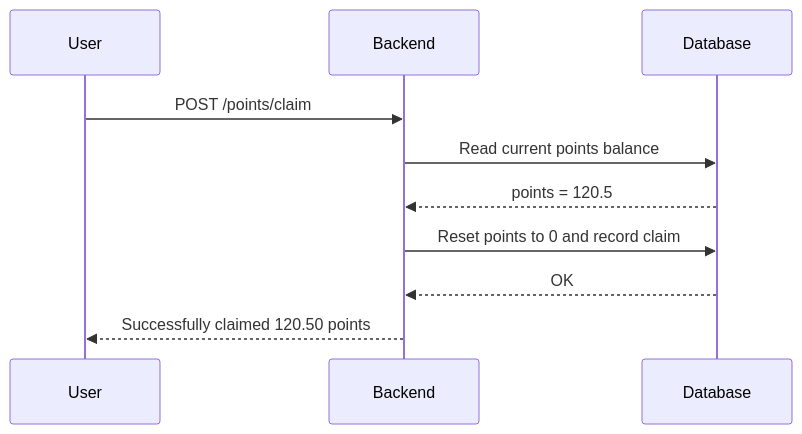
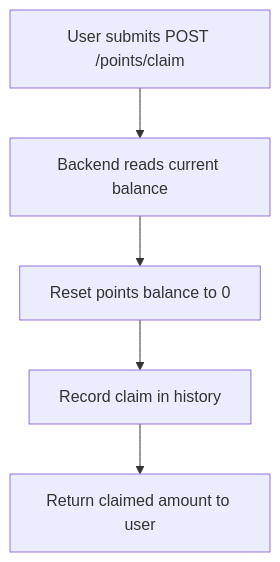
Before and after one commit to Nexora-Node/Docs: the second of 2 diagrams in rewards.md, drawn with Mermaid. The commit also changed other lines of this file and 5 other files, not shown here.

Commit message:
docs: remove all custom styles, simplify diagrams for clean GitBook render

````diff
--- a/rewards.md
+++ b/rewards.md
@@ -59,13 +51,7 @@
 ```mermaid
-sequenceDiagram
-    participant U as User
-    participant B as Backend
-    participant D as Database
-
-    U->>B: POST /points/claim
-    B->>D: Read current points balance
-    D-->>B: points = 120.5
-    B->>D: Reset points to 0 and record claim
-    D-->>B: OK
-    B-->>U: Successfully claimed 120.50 points
+flowchart TD
+    A[User submits POST /points/claim] --> B[Backend reads current balance]
+    B --> C[Reset points balance to 0]
+    C --> D[Record claim in history]
+    D --> E[Return claimed amount to user]
 ```
````
